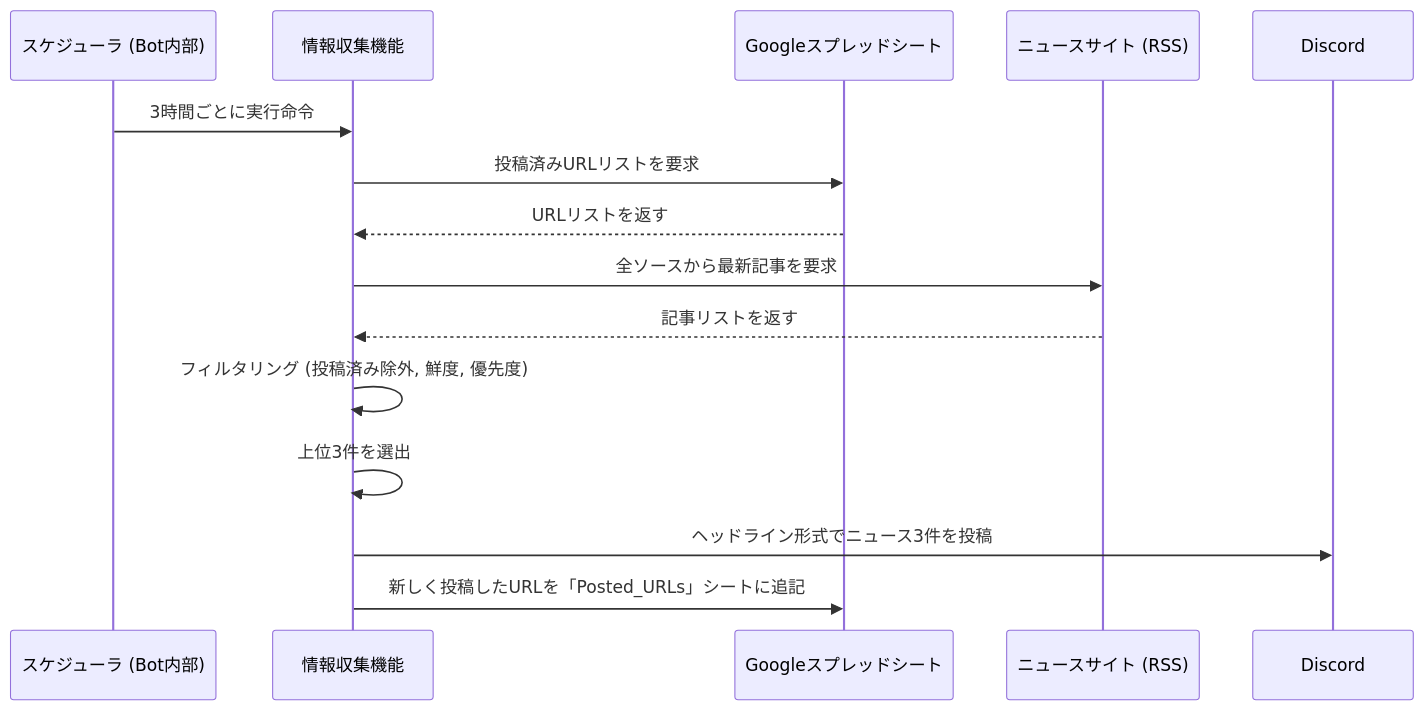
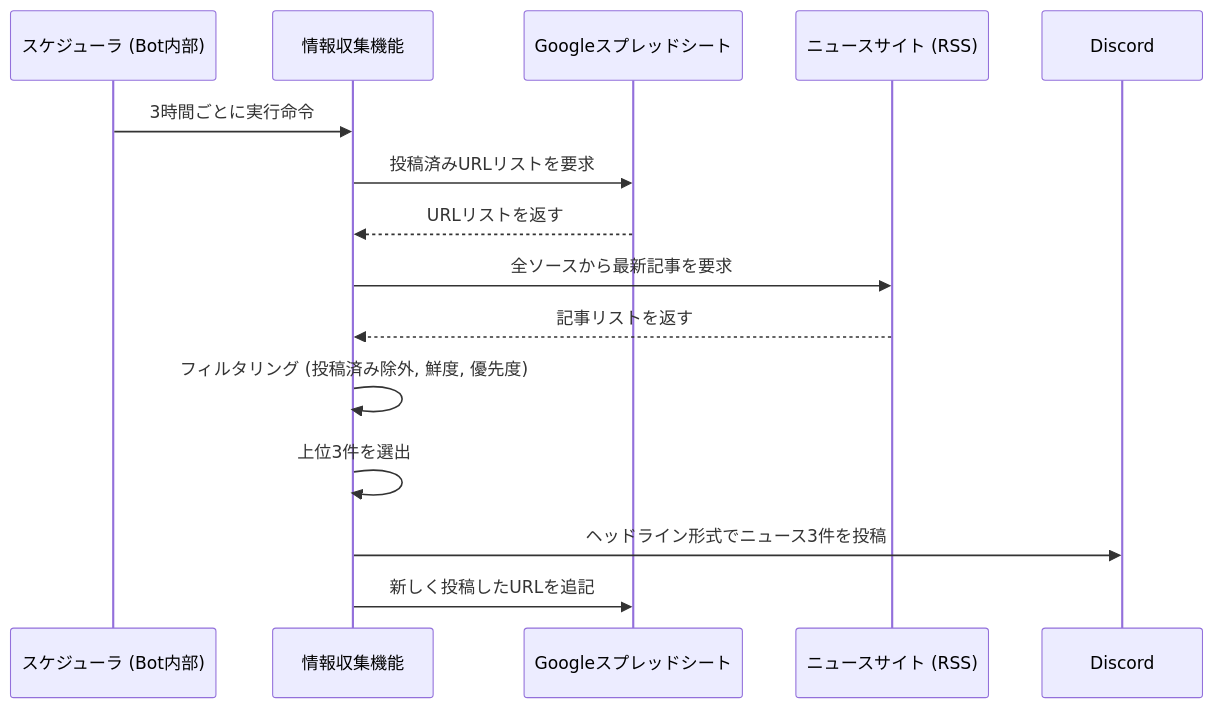
Before and after one commit to Metagri-Bot/daily-news-bot: the second of 2 diagrams in README.md, drawn with Mermaid. The commit also changed other lines of this file, not shown here.

````diff
--- a/README.md
+++ b/README.md
@@ -59,18 +61,18 @@
 ```mermaid
 sequenceDiagram
     participant Scheduler as スケジューラ (Bot内部)
     participant InfoGatheringTask as 情報収集機能
     participant GoogleSheets as Googleスプレッドシート
     participant NewsSites as ニュースサイト (RSS)
     participant Discord
 
     Scheduler->>InfoGatheringTask: 3時間ごとに実行命令
     InfoGatheringTask->>GoogleSheets: 投稿済みURLリストを要求
     GoogleSheets-->>InfoGatheringTask: URLリストを返す
     InfoGatheringTask->>NewsSites: 全ソースから最新記事を要求
     NewsSites-->>InfoGatheringTask: 記事リストを返す
     InfoGatheringTask->>InfoGatheringTask: フィルタリング (投稿済み除外, 鮮度, 優先度)
     InfoGatheringTask->>InfoGatheringTask: 上位3件を選出
     InfoGatheringTask->>Discord: ヘッドライン形式でニュース3件を投稿
-    InfoGatheringTask->>GoogleSheets: 新しく投稿したURLを「Posted_URLs」シートに追記
+    InfoGatheringTask->>GoogleSheets: 新しく投稿したURLを追記
 ```
````
